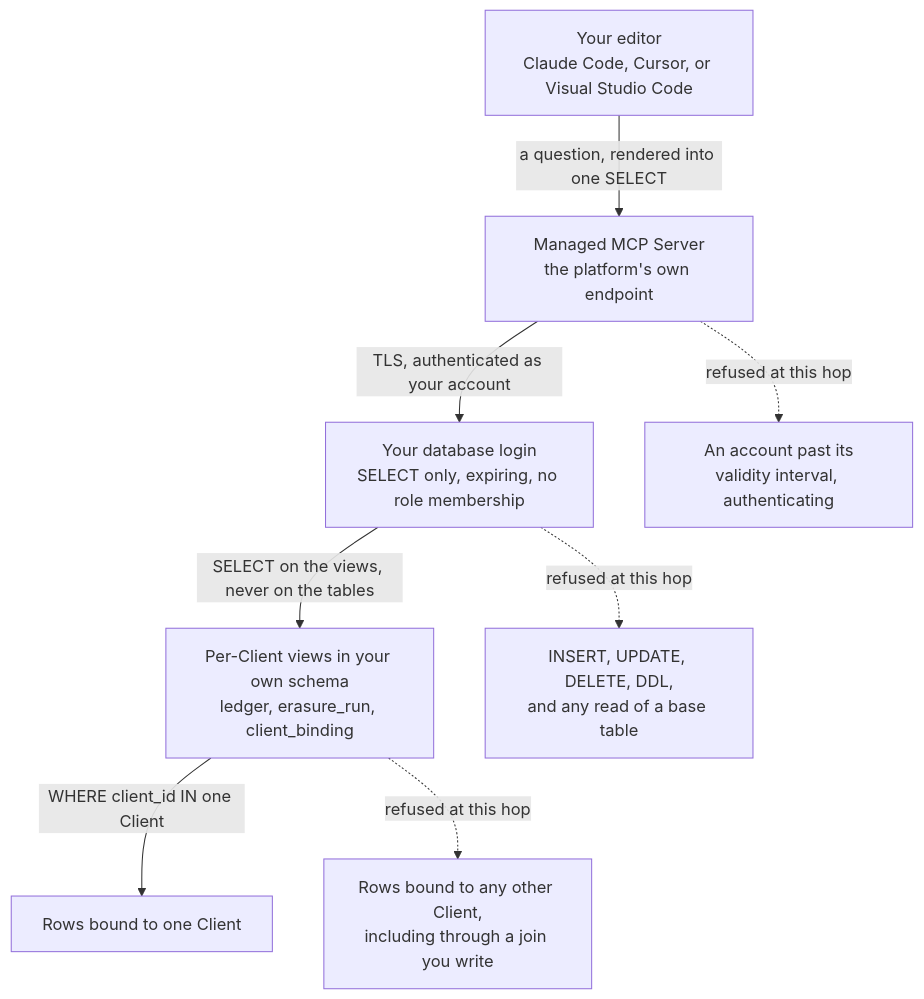
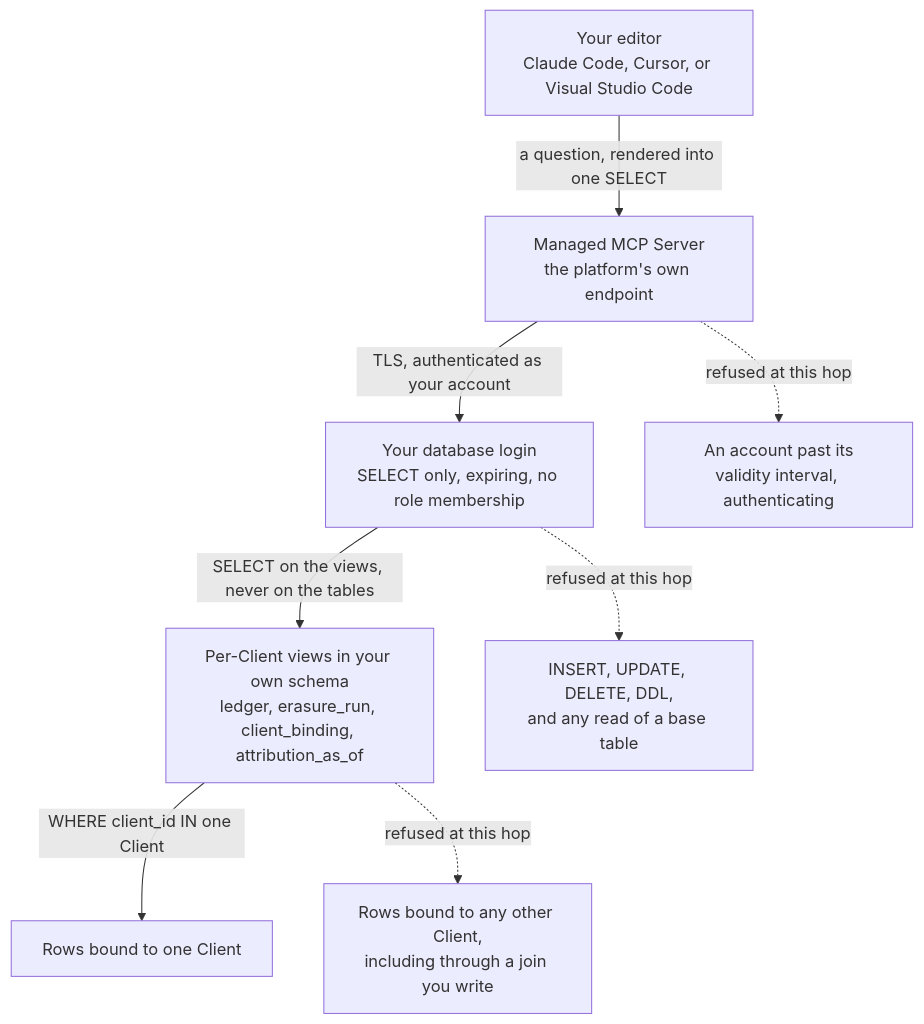
One commit to EmadQureshiKhi/Molt changed the diagram in docs/auditor.md. Above: the diagram before and after it, drawn with Mermaid. The commit also changed other lines of this file and 16 other files, not shown here.

````diff
--- a/docs/auditor.md
+++ b/docs/auditor.md
@@ -50,17 +51,17 @@
 ```mermaid
 flowchart TB
     ed["Your editor<br/>Claude Code, Cursor, or Visual Studio Code"]
     mcp["Managed MCP Server<br/>the platform's own endpoint"]
     acct["Your database login<br/>SELECT only, expiring, no role membership"]
-    views["Per-Client views in your own schema<br/>ledger, erasure_run, client_binding"]
+    views["Per-Client views in your own schema<br/>ledger, erasure_run, client_binding, attribution_as_of"]
     rows["Rows bound to one Client"]
 
     ed -->|"a question, rendered into one SELECT"| mcp
     mcp -->|"TLS, authenticated as your account"| acct
     acct -->|"SELECT on the views, never on the tables"| views
     views -->|"WHERE client_id IN one Client"| rows
 
     mcp -.->|"refused at this hop"| r1["An account past its<br/>validity interval, authenticating"]
     acct -.->|"refused at this hop"| r2["INSERT, UPDATE, DELETE, DDL,<br/>and any read of a base table"]
     views -.->|"refused at this hop"| r3["Rows bound to any other Client,<br/>including through a join you write"]
 ```
````
